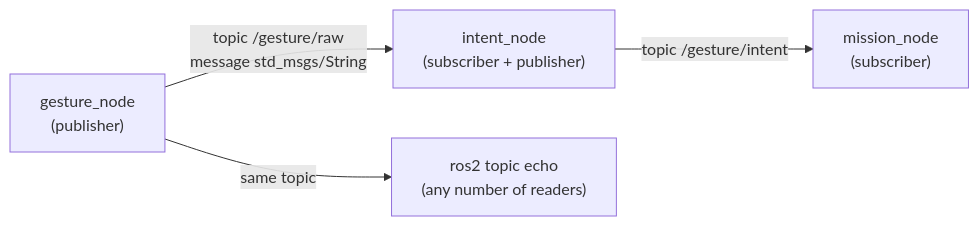
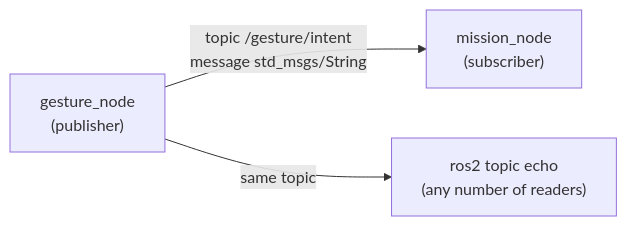
Before and after one commit to SEAME-pt/SEA-ME_Team1_ROSRangers: the diagram in docs/PraticalPlan/06 Gestures/02 ROS 2 Nodes - Install and Test.md, drawn with Mermaid. The commit also changed other lines of this file and 73 other files, not shown here.

````diff
--- a/docs/PraticalPlan/06 Gestures/02 ROS 2 Nodes - Install and Test.md
+++ b/docs/PraticalPlan/06 Gestures/02 ROS 2 Nodes - Install and Test.md
@@ -52,6 +50,5 @@
 ```mermaid
 flowchart LR
-  A["gesture_node<br/>(publisher)"] -->|"topic /gesture/raw<br/>message std_msgs/String"| B["intent_node<br/>(subscriber + publisher)"]
-  B -->|"topic /gesture/intent"| C["mission_node<br/>(subscriber)"]
-  A -->|same topic| D["ros2 topic echo<br/>(any number of readers)"]
+  A["gesture_node<br/>(publisher)"] -->|"topic /gesture/intent<br/>message std_msgs/String"| B["mission_node<br/>(subscriber)"]
+  A -->|same topic| C["ros2 topic echo<br/>(any number of readers)"]
 ```
````
